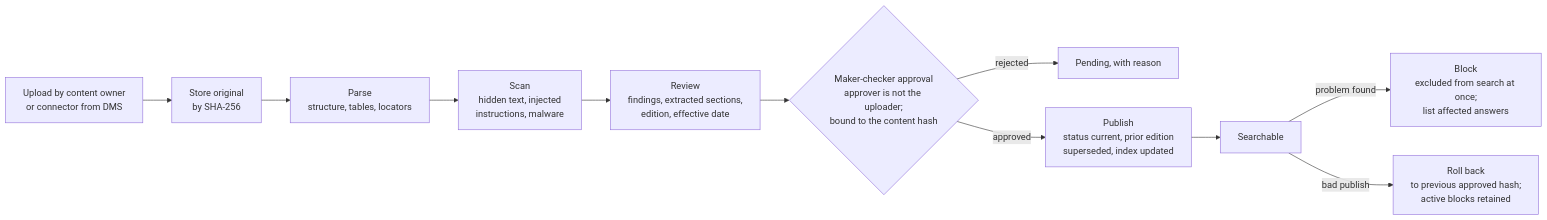
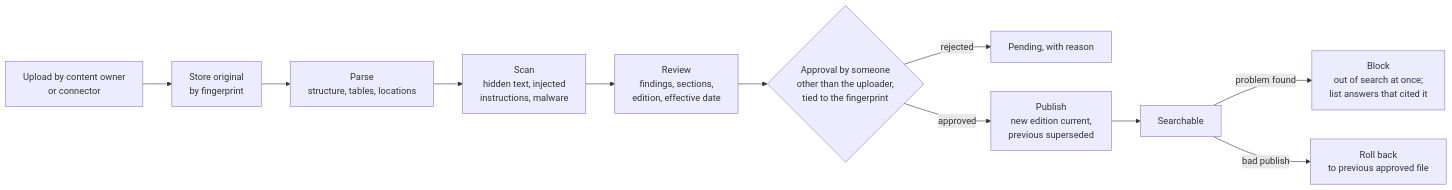
One commit to Treasure1201/kestrel changed the third of 3 diagrams in docs/PRODUCTION_ARCHITECTURE.md. Above: the diagram before and after it, drawn with Mermaid. The commit also changed other lines of this file and 3 other files, not shown here.

First line of the commit message:
docs: final pass on the production architecture, business note, AI disclosure and plan

````diff
--- a/docs/PRODUCTION_ARCHITECTURE.md
+++ b/docs/PRODUCTION_ARCHITECTURE.md
@@ -112,13 +124,13 @@
 ```mermaid
 flowchart LR
-    U["Upload by content owner<br/>or connector from DMS"] --> H["Store original<br/>by SHA-256"]
-    H --> P["Parse<br/>structure, tables, locators"]
+    U["Upload by content owner<br/>or connector"] --> H["Store original<br/>by fingerprint"]
+    H --> P["Parse<br/>structure, tables, locations"]
     P --> SC["Scan<br/>hidden text, injected<br/>instructions, malware"]
-    SC --> RV["Review<br/>findings, extracted sections,<br/>edition, effective date"]
-    RV --> AP{"Maker-checker approval<br/>approver is not the uploader;<br/>bound to the content hash"}
+    SC --> RV["Review<br/>findings, sections,<br/>edition, effective date"]
+    RV --> AP{"Approval by someone<br/>other than the uploader,<br/>tied to the fingerprint"}
     AP -- rejected --> X["Pending, with reason"]
-    AP -- approved --> PB["Publish<br/>status current, prior edition<br/>superseded, index updated"]
+    AP -- approved --> PB["Publish<br/>new edition current,<br/>previous superseded"]
     PB --> LIVE["Searchable"]
-    LIVE -- "problem found" --> BL["Block<br/>excluded from search at once;<br/>list affected answers"]
-    LIVE -- "bad publish" --> RB["Roll back<br/>to previous approved hash;<br/>active blocks retained"]
+    LIVE -- "problem found" --> BL["Block<br/>out of search at once;<br/>list answers that cited it"]
+    LIVE -- "bad publish" --> RB["Roll back<br/>to previous approved file"]
 ```
````
